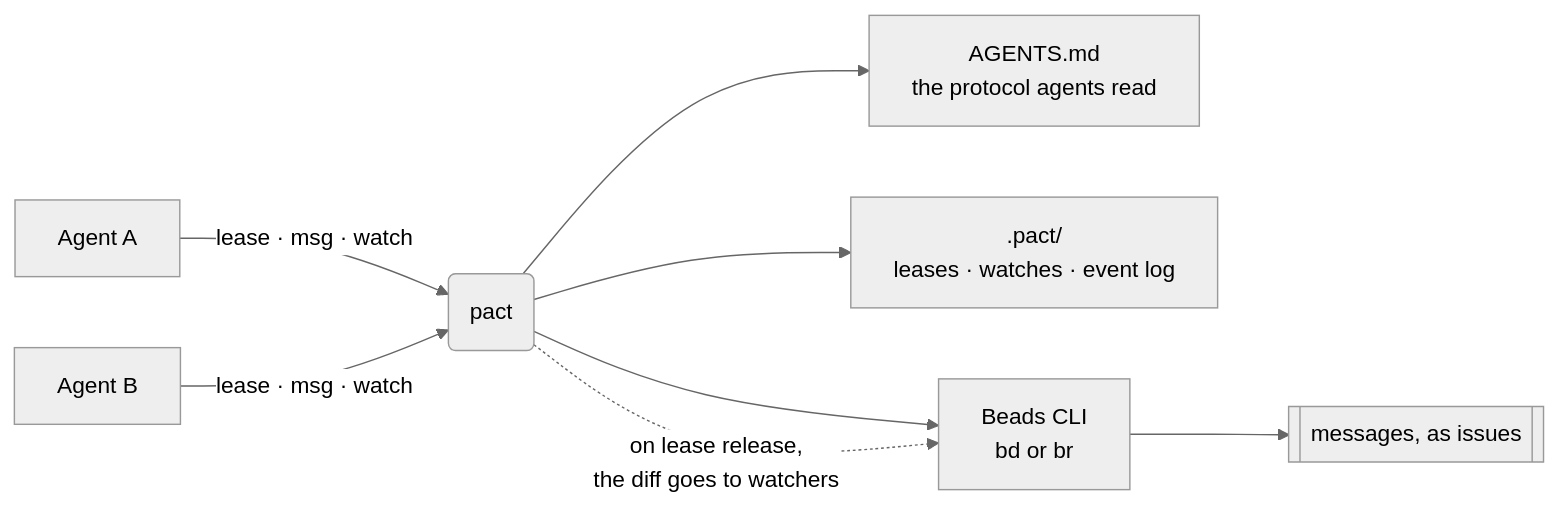
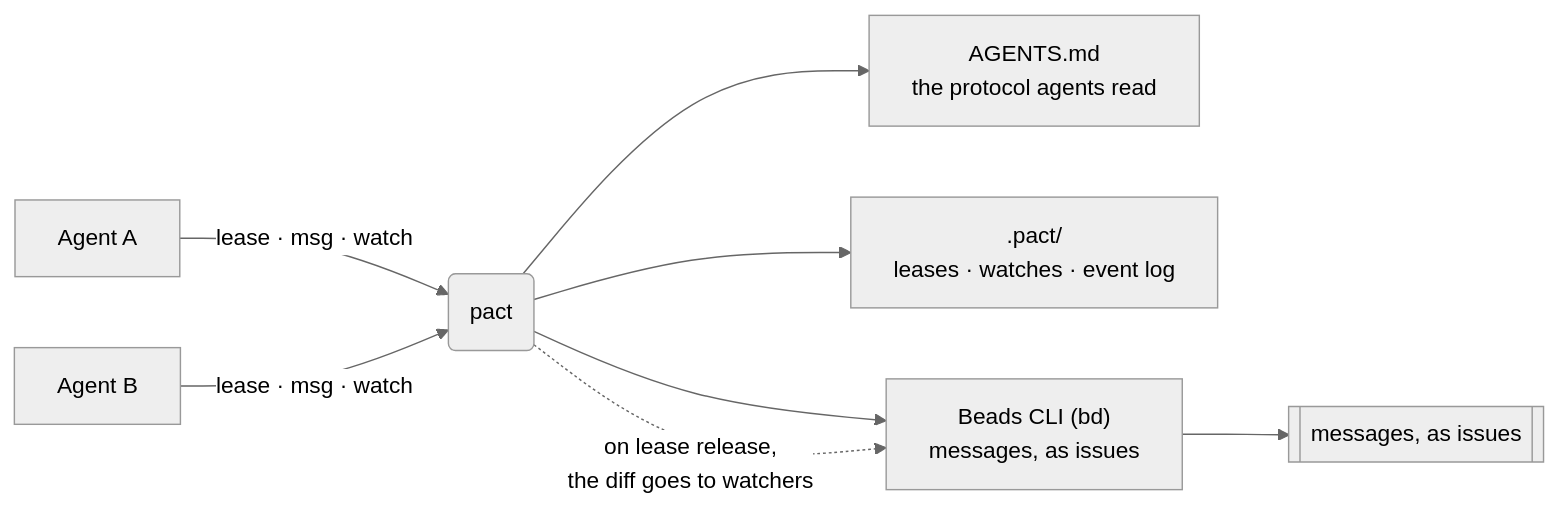
Before and after one commit to chussenot/pact: the diagram in README.md, drawn with Mermaid (neutral theme). The commit also changed 20 other files, not shown here.

````diff
--- a/README.md
+++ b/README.md
@@ -38,10 +38,10 @@
 ```mermaid
 flowchart LR
     A[Agent A] -->|"lease · msg · watch"| P(pact)
     B[Agent B] -->|"lease · msg · watch"| P
     P --> G["AGENTS.md<br/>the protocol agents read"]
     P --> F[".pact/<br/>leases · watches · event log"]
-    P --> D["Beads CLI<br/>bd or br"]
+    P --> D["Beads CLI (bd)<br/>messages, as issues"]
     D --> M[["messages, as issues"]]
     P -.->|"on lease release,<br/>the diff goes to watchers"| D
 ```
````
